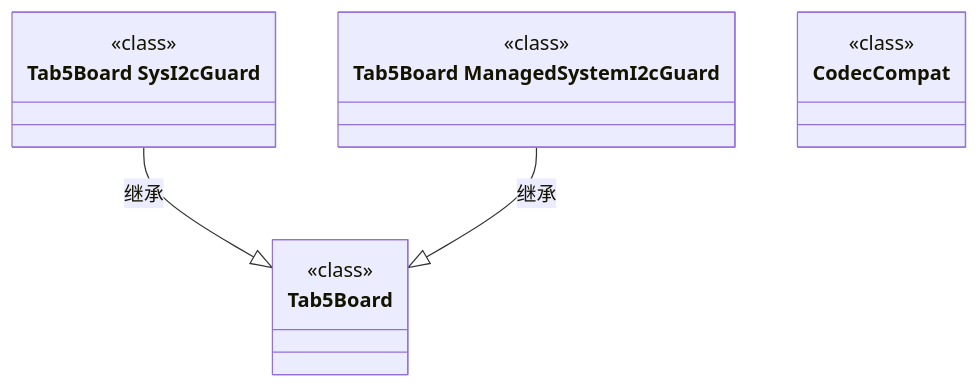
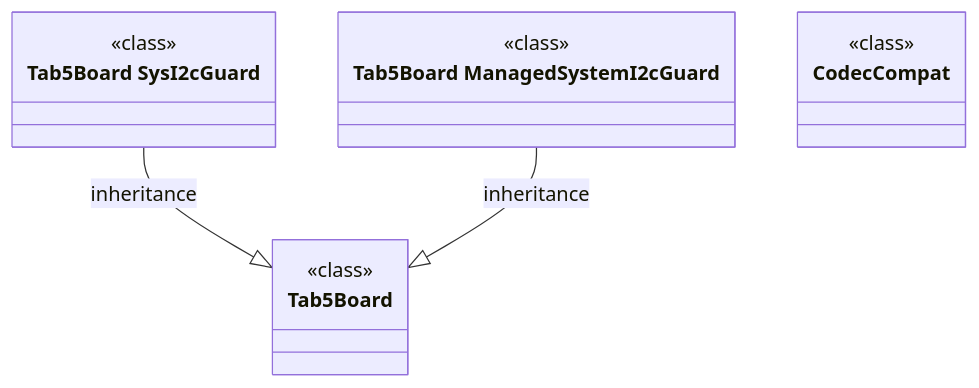
The diagram in docs/engineering/class-structural-diagrams/boards-tab5-include-boards/class-structural-diagram.md (manmuqingshan/trail-mate), drawn with Mermaid before and after one commit. The commit also changed other lines of this file and 527 other files, not shown here.

````diff
--- a/docs/engineering/class-structural-diagrams/boards-tab5-include-boards/class-structural-diagram.md
+++ b/docs/engineering/class-structural-diagrams/boards-tab5-include-boards/class-structural-diagram.md
@@ -42,17 +42,17 @@
 ```mermaid
 classDiagram
   class Tab5Board["Tab5Board"] {
     <<class>>
   }
   class Tab5Board_ManagedSystemI2cGuard["Tab5Board  ManagedSystemI2cGuard"] {
     <<class>>
   }
   class Tab5Board_SysI2cGuard["Tab5Board  SysI2cGuard"] {
     <<class>>
   }
   class CodecCompat["CodecCompat"] {
     <<class>>
   }
-  Tab5Board_SysI2cGuard --|> Tab5Board : 继承
-  Tab5Board_ManagedSystemI2cGuard --|> Tab5Board : 继承
+ Tab5Board_SysI2cGuard --|> Tab5Board : inheritance
+ Tab5Board_ManagedSystemI2cGuard --|> Tab5Board : inheritance
 ```
````
